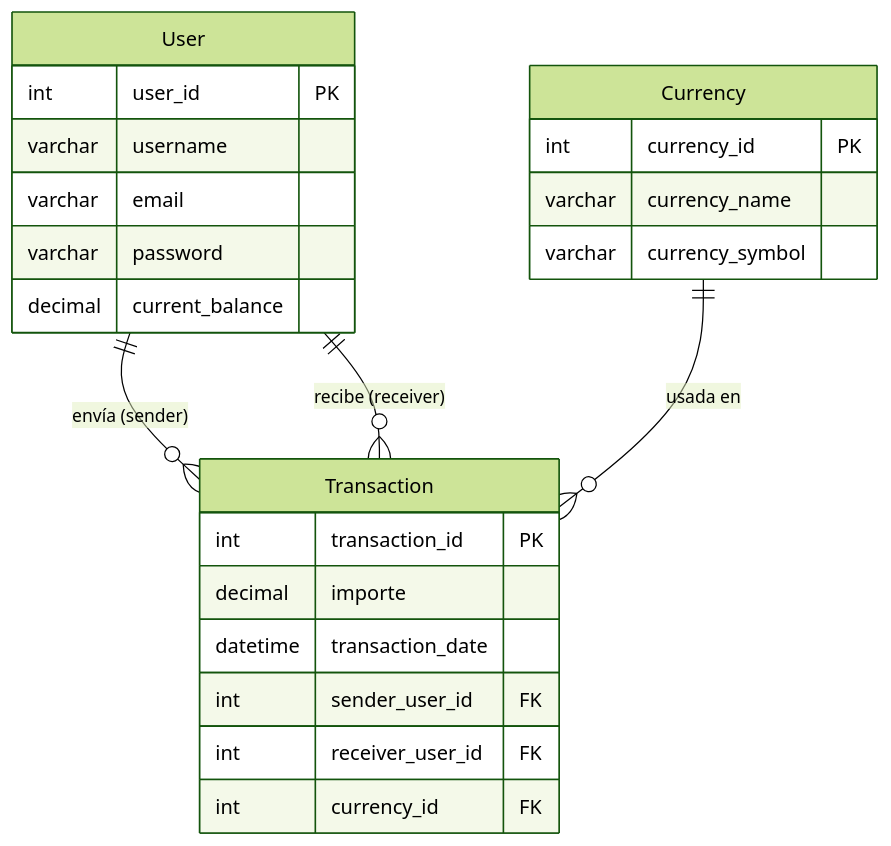
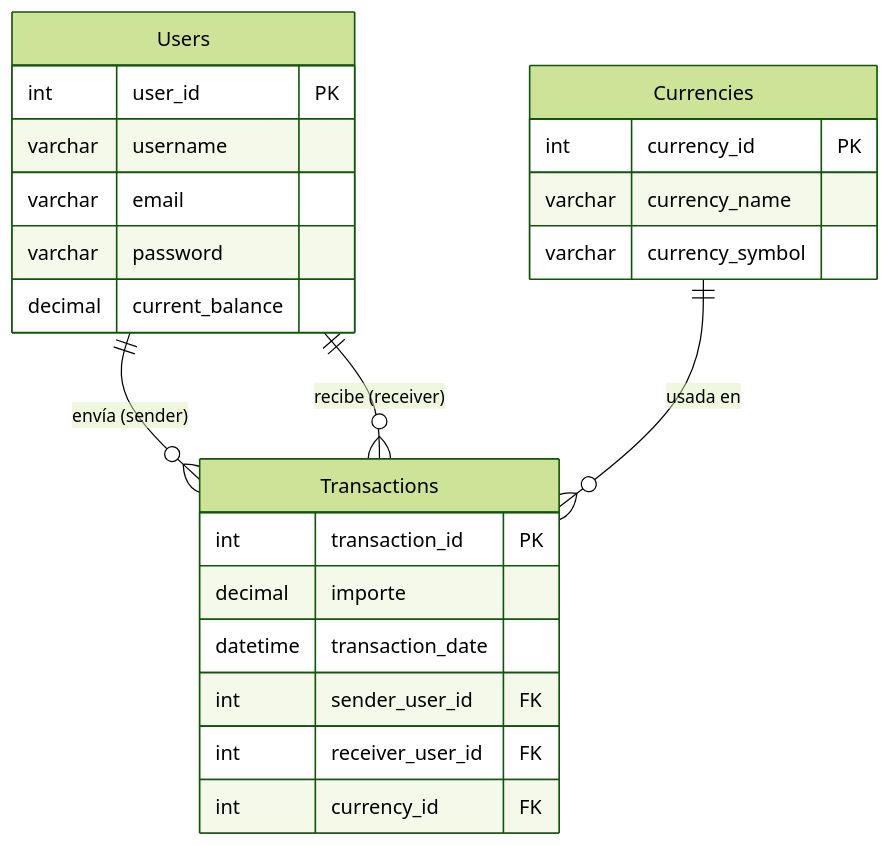
The diagram in database/02_Approach/alke_wallet_modelo_approach/diagrams/alke_wallet_er.md (scarvallot/alke-wallet), drawn with Mermaid (forest theme) before and after one commit. The commit also changed 21 other files, not shown here.

````diff
--- a/database/02_Approach/alke_wallet_modelo_approach/diagrams/alke_wallet_er.md
+++ b/database/02_Approach/alke_wallet_modelo_approach/diagrams/alke_wallet_er.md
@@ -1,29 +1,29 @@
 ```mermaid
 erDiagram
-    User {
+    Users {
         int user_id PK
         varchar username
         varchar email
         varchar password
         decimal current_balance
     }
 
-    Currency {
+    Currencies {
         int currency_id PK
         varchar currency_name
         varchar currency_symbol
     }
 
-    Transaction {
+    Transactions {
         int transaction_id PK
         decimal importe
         datetime transaction_date
         int sender_user_id FK
         int receiver_user_id FK
         int currency_id FK
     }
 
-    User ||--o{ Transaction : "envía (sender)"
-    User ||--o{ Transaction : "recibe (receiver)"
-    Currency ||--o{ Transaction : "usada en"
+    Users ||--o{ Transactions : "envía (sender)"
+    Users ||--o{ Transactions : "recibe (receiver)"
+    Currencies ||--o{ Transactions : "usada en"
 ```
````
